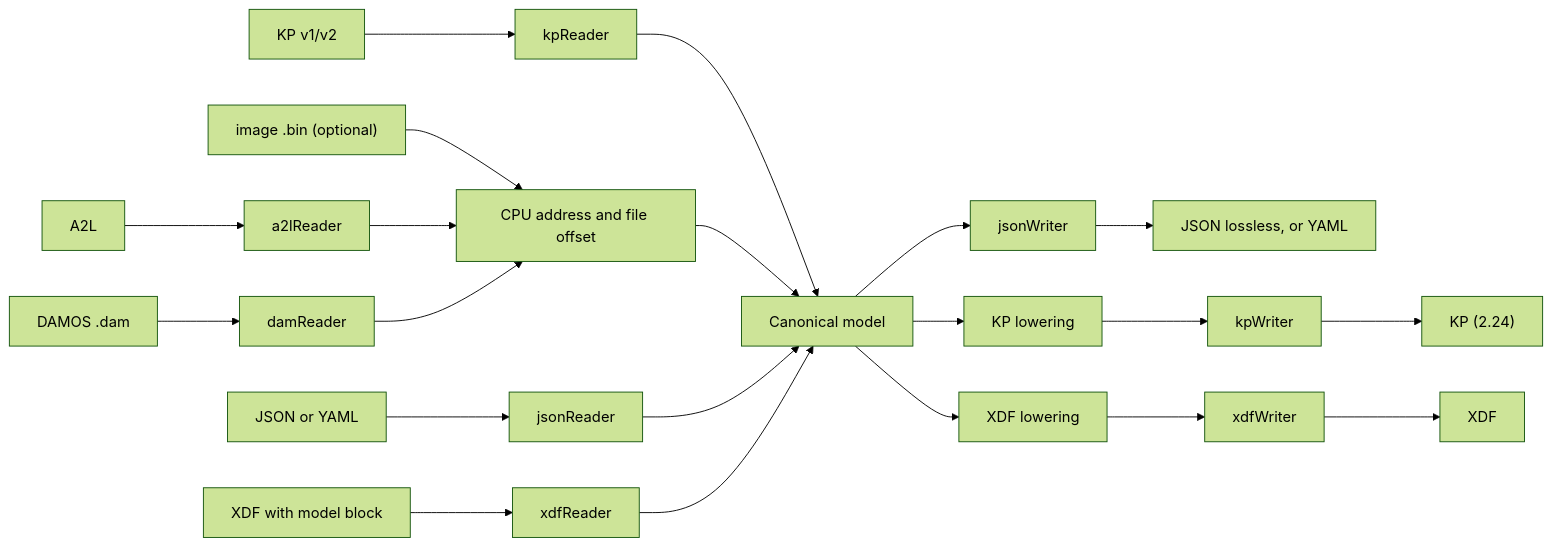
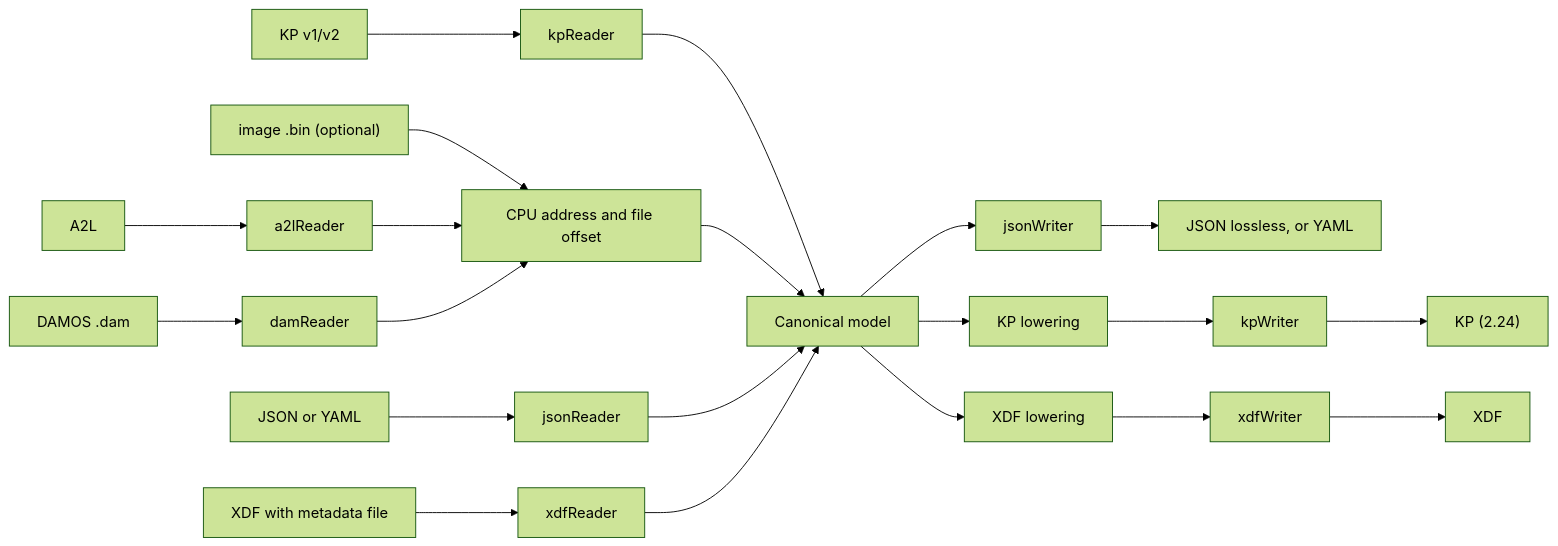
One commit to nyetlabs/xdfkit changed the diagram in docs/design.md. Above: the diagram before and after it, drawn with Mermaid (forest theme). The commit also changed other lines of this file and 14 other files, not shown here.

````diff
--- a/docs/design.md
+++ b/docs/design.md
@@ -37,19 +45,19 @@
 ```mermaid
 flowchart LR
     kpIn["KP v1/v2"] --> kpReader
     a2lIn[A2L] --> a2lReader
     damIn["DAMOS .dam"] --> damReader
     jsonIn["JSON or YAML"] --> jsonReader
-    xdfIn["XDF with model block"] --> xdfReader
+    xdfIn["XDF with metadata file"] --> xdfReader
     binIn["image .bin (optional)"] --> addrMap
     kpReader --> model
     a2lReader --> addrMap
     damReader --> addrMap
     addrMap["CPU address and file offset"] --> model
     jsonReader --> model
     xdfReader --> model
     model["Canonical model"] --> jsonWriter
     jsonWriter --> jsonOut["JSON lossless, or YAML"]
     model --> lowerKp["KP lowering"] --> kpWriter --> kpOut["KP (2.24)"]
     model --> lowerXdf["XDF lowering"] --> xdfWriter --> xdfOut[XDF]
 ```
````
